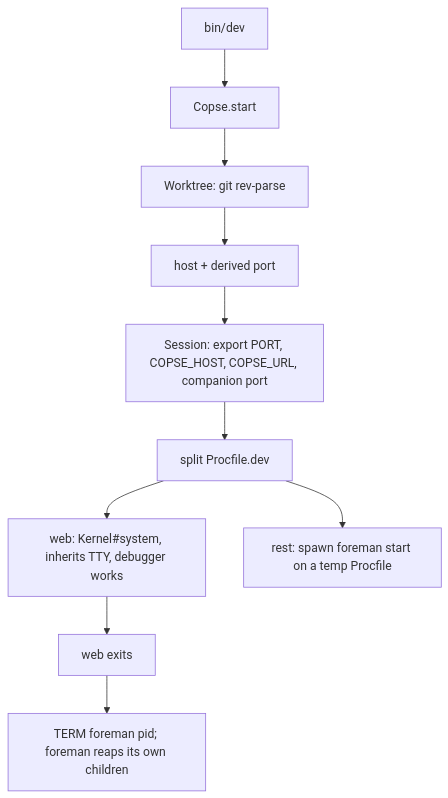
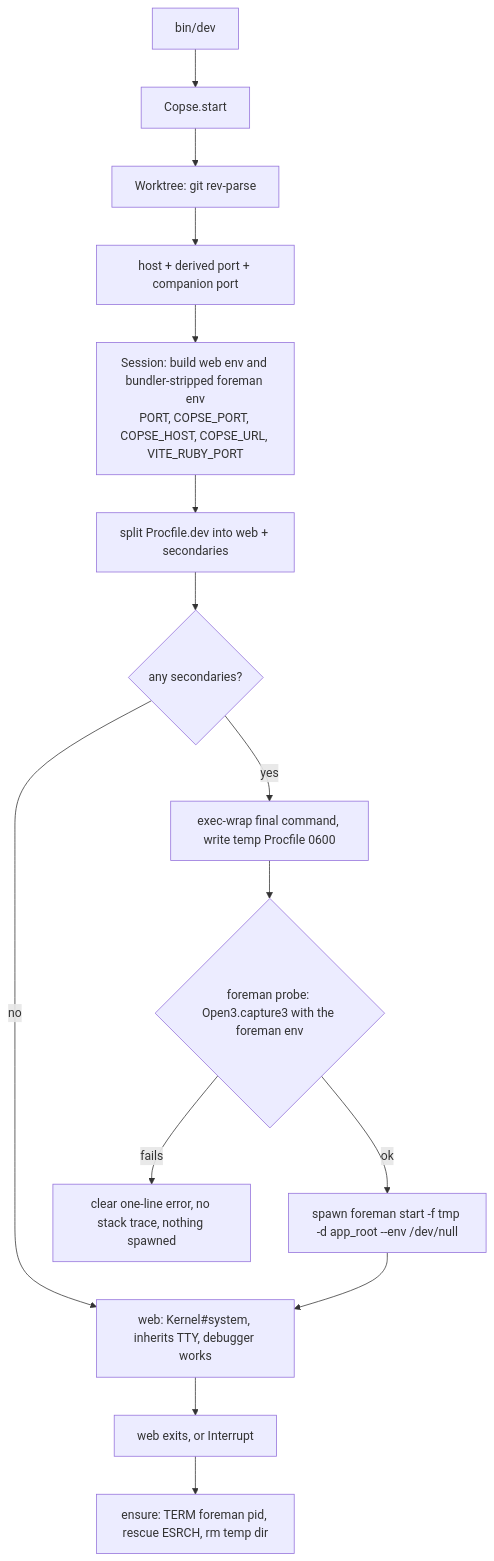
The diagram in docs/plans/2026-07-21-001-feat-copse-gem-plan.md (kieranklaassen/copse), drawn with Mermaid before and after one commit. The commit also changed other lines of this file and 4 other files, not shown here.

````diff
--- a/docs/plans/2026-07-21-001-feat-copse-gem-plan.md
+++ b/docs/plans/2026-07-21-001-feat-copse-gem-plan.md
@@ -119,12 +136,17 @@
 ```mermaid
 flowchart TB
   A[bin/dev] --> B[Copse.start]
   B --> C[Worktree: git rev-parse]
-  C --> D[host + derived port]
-  D --> E[Session: export PORT, COPSE_HOST, COPSE_URL, companion port]
-  E --> F[split Procfile.dev]
-  F --> G[web: Kernel#system, inherits TTY, debugger works]
-  F --> H[rest: spawn foreman start on a temp Procfile]
-  G --> I[web exits]
-  I --> J[TERM foreman pid; foreman reaps its own children]
+  C --> D[host + derived port + companion port]
+  D --> E[Session: build web env and bundler-stripped foreman env<br/>PORT, COPSE_PORT, COPSE_HOST, COPSE_URL, VITE_RUBY_PORT]
+  E --> F[split Procfile.dev into web + secondaries]
+  F --> N{any secondaries?}
+  N -- no --> G
+  N -- yes --> H["exec-wrap final command, write temp Procfile 0600"]
+  H --> P{"foreman probe: Open3.capture3 with the foreman env"}
+  P -- fails --> Q[clear one-line error, no stack trace, nothing spawned]
+  P -- ok --> S["spawn foreman start -f tmp -d app_root --env /dev/null"]
+  S --> G["web: Kernel#system, inherits TTY, debugger works"]
+  G --> I[web exits, or Interrupt]
+  I --> J["ensure: TERM foreman pid, rescue ESRCH, rm temp dir"]
 ```
````
